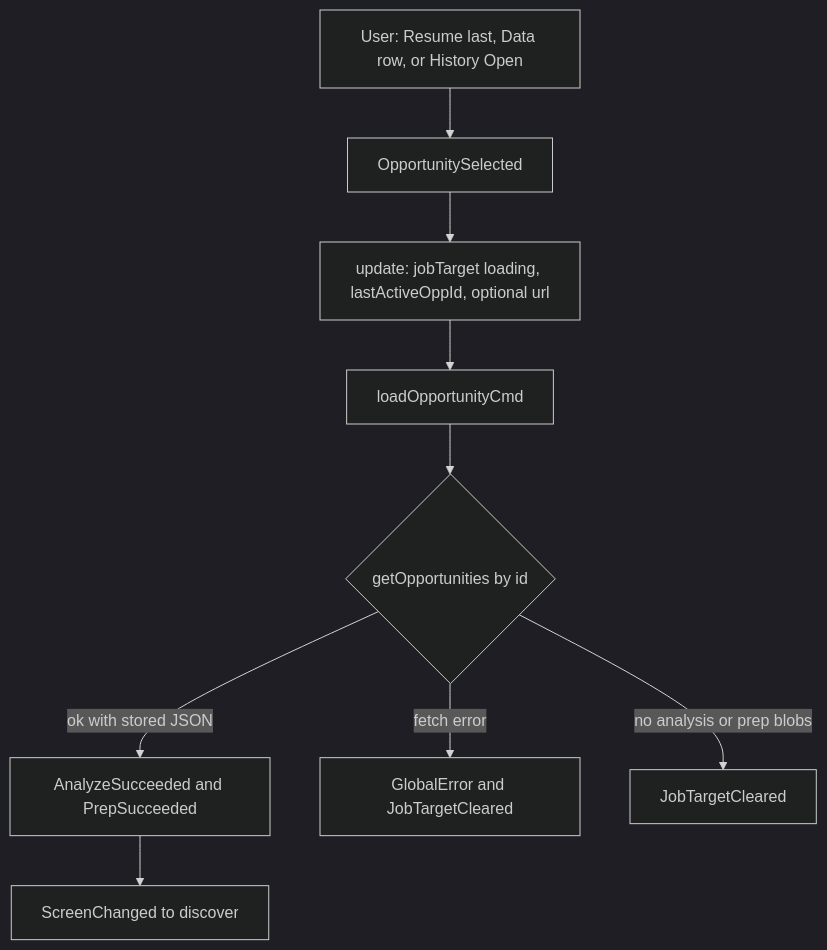
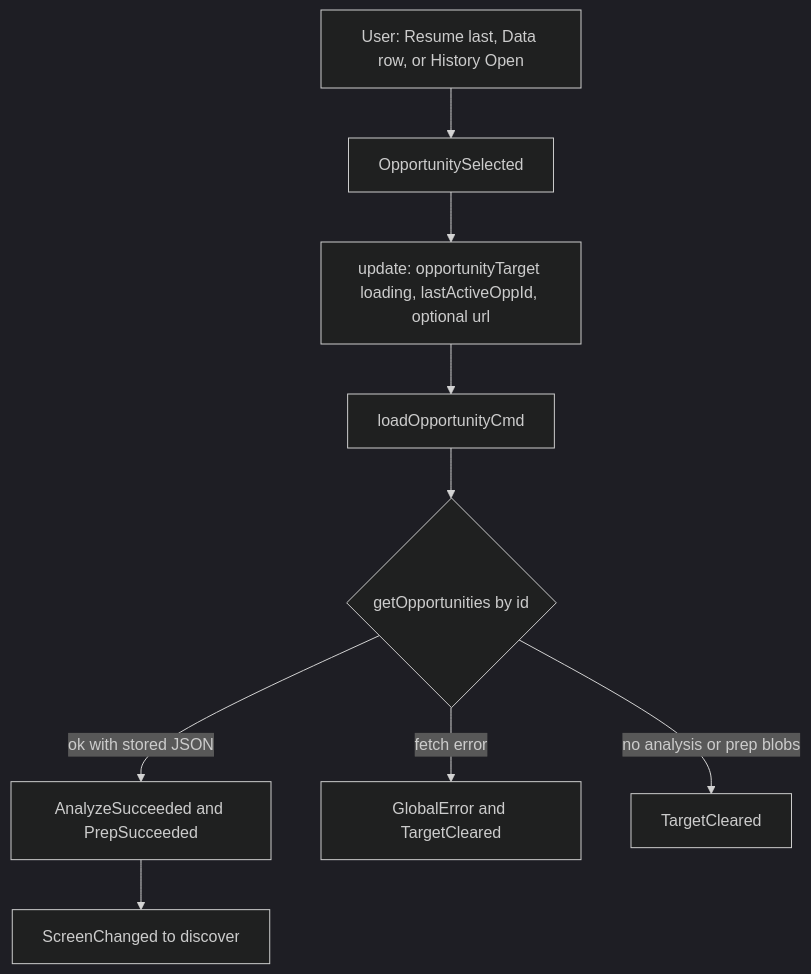
One commit to p10ns11y/collab-finder changed the fifth of 16 diagrams in reports/batch-2-engineering-blueprints.md. Above: the diagram before and after it, drawn with Mermaid (dark theme). The commit also changed other lines of this file and 31 other files, not shown here.

First line of the commit message:
chore: deepest clean of legacy terminology (Job/JobTarget -> Opportunity/Target, Hunt -> Xplore)

````diff
--- a/reports/batch-2-engineering-blueprints.md
+++ b/reports/batch-2-engineering-blueprints.md
@@ -134,11 +134,11 @@
 ```mermaid
 flowchart TD
   A[User: Resume last, Data row, or History Open] --> B[OpportunitySelected]
-  B --> C[update: jobTarget loading, lastActiveOppId, optional url]
+  B --> C[update: opportunityTarget loading, lastActiveOppId, optional url]
   C --> D[loadOpportunityCmd]
   D --> E{getOpportunities by id}
   E -->|ok with stored JSON| F[AnalyzeSucceeded and PrepSucceeded]
-  E -->|fetch error| G[GlobalError and JobTargetCleared]
-  E -->|no analysis or prep blobs| H[JobTargetCleared]
+  E -->|fetch error| G[GlobalError and TargetCleared]
+  E -->|no analysis or prep blobs| H[TargetCleared]
   F --> I[ScreenChanged to discover]
 ```
````
